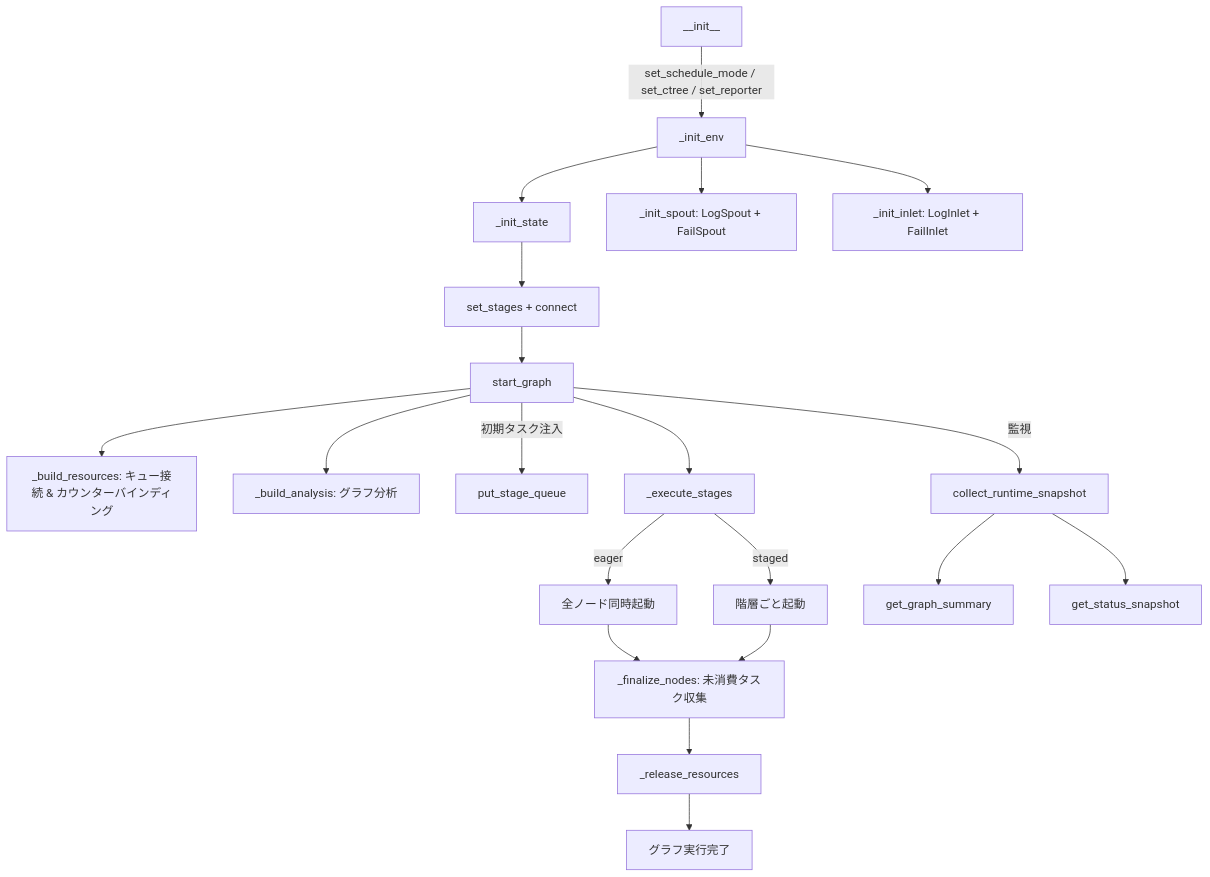
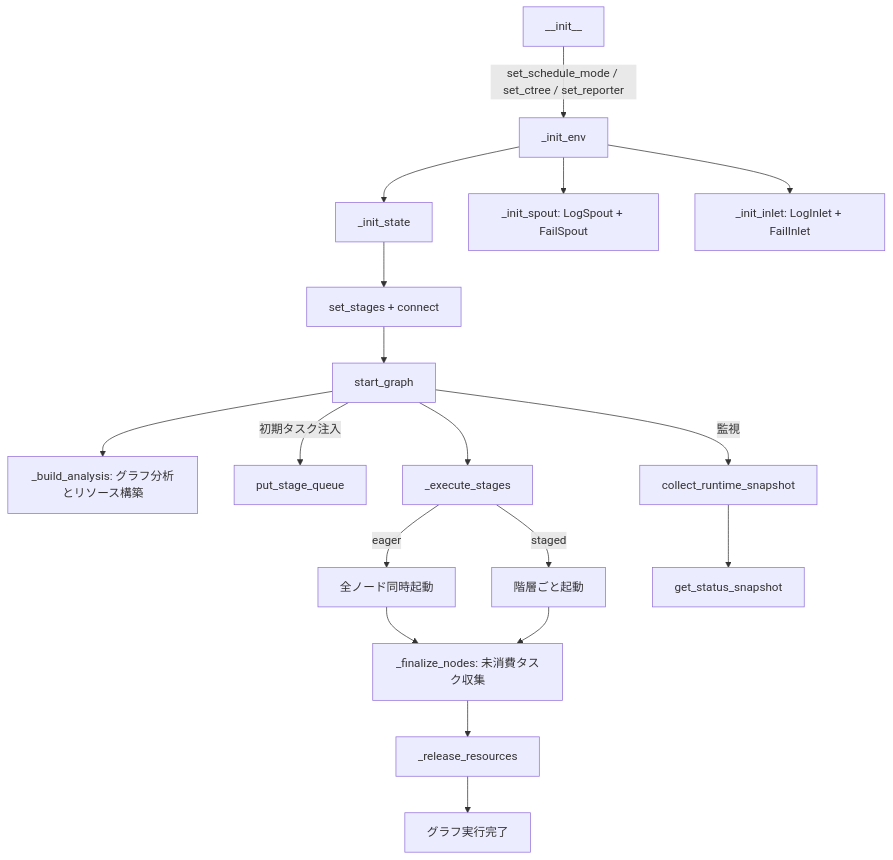
Before and after one commit to Mr-xiaotian/CelestialFlow: the diagram in docs/ja/src/graph/core_graph.md, drawn with Mermaid. The commit also changed other lines of this file and 168 other files, not shown here.

````diff
--- a/docs/ja/src/graph/core_graph.md
+++ b/docs/ja/src/graph/core_graph.md
@@ -210,23 +217,21 @@
 ```mermaid
 flowchart TD
     INIT[__init__] -->|set_schedule_mode / set_ctree / set_reporter| ENV[_init_env]
     ENV --> STATE[_init_state]
     ENV --> SPOUT[_init_spout: LogSpout + FailSpout]
     ENV --> INLET[_init_inlet: LogInlet + FailInlet]
     STATE --> BUILD[set_stages + connect]
     BUILD --> START[start_graph]
-    START --> RESOURCES[_build_resources: キュー接続 & カウンターバインディング]
-    START --> ANALYSIS[_build_analysis: グラフ分析]
+    START --> ANALYSIS[_build_analysis: グラフ分析とリソース構築]
     START -->|初期タスク注入| PUT[put_stage_queue]
     START --> EXEC[_execute_stages]
     EXEC -->|eager| ALL[全ノード同時起動]
     EXEC -->|staged| LAYER[階層ごと起動]
     ALL --> FINALIZE[_finalize_nodes: 未消費タスク収集]
     LAYER --> FINALIZE
     FINALIZE --> RELEASE[_release_resources]
     RELEASE --> END[グラフ実行完了]
     
     START -->|監視| SNAPSHOT[collect_runtime_snapshot]
-    SNAPSHOT --> SUMMARY[get_graph_summary]
     SNAPSHOT --> STATUS[get_status_snapshot]
 ```
````
